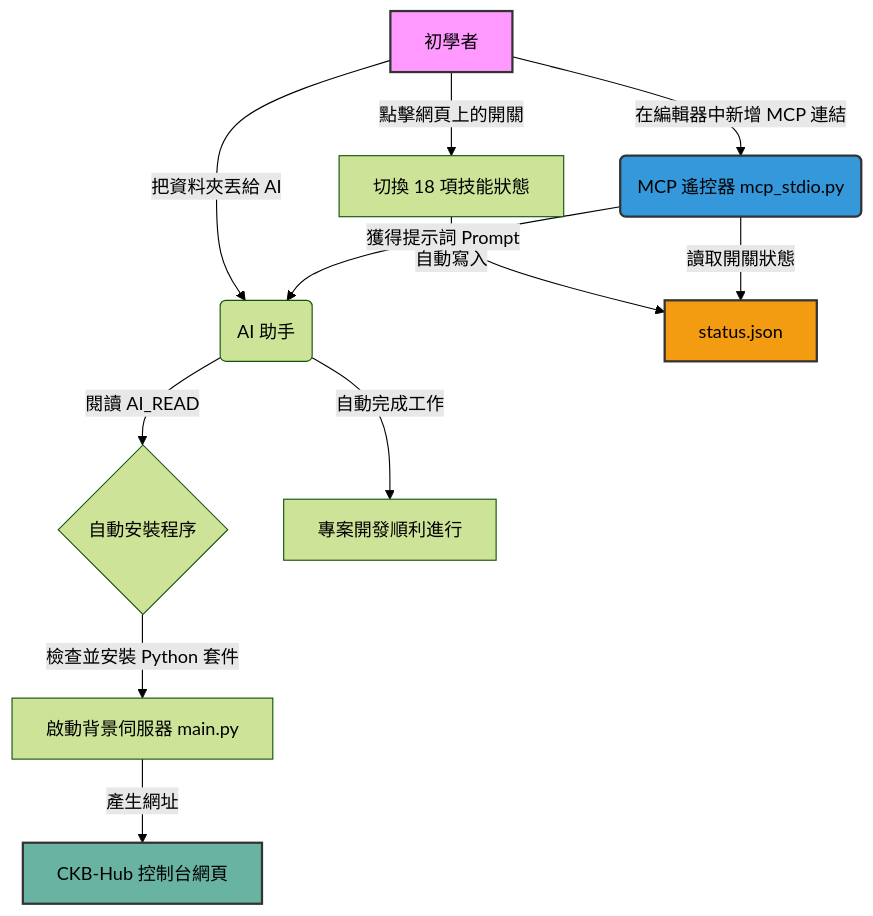
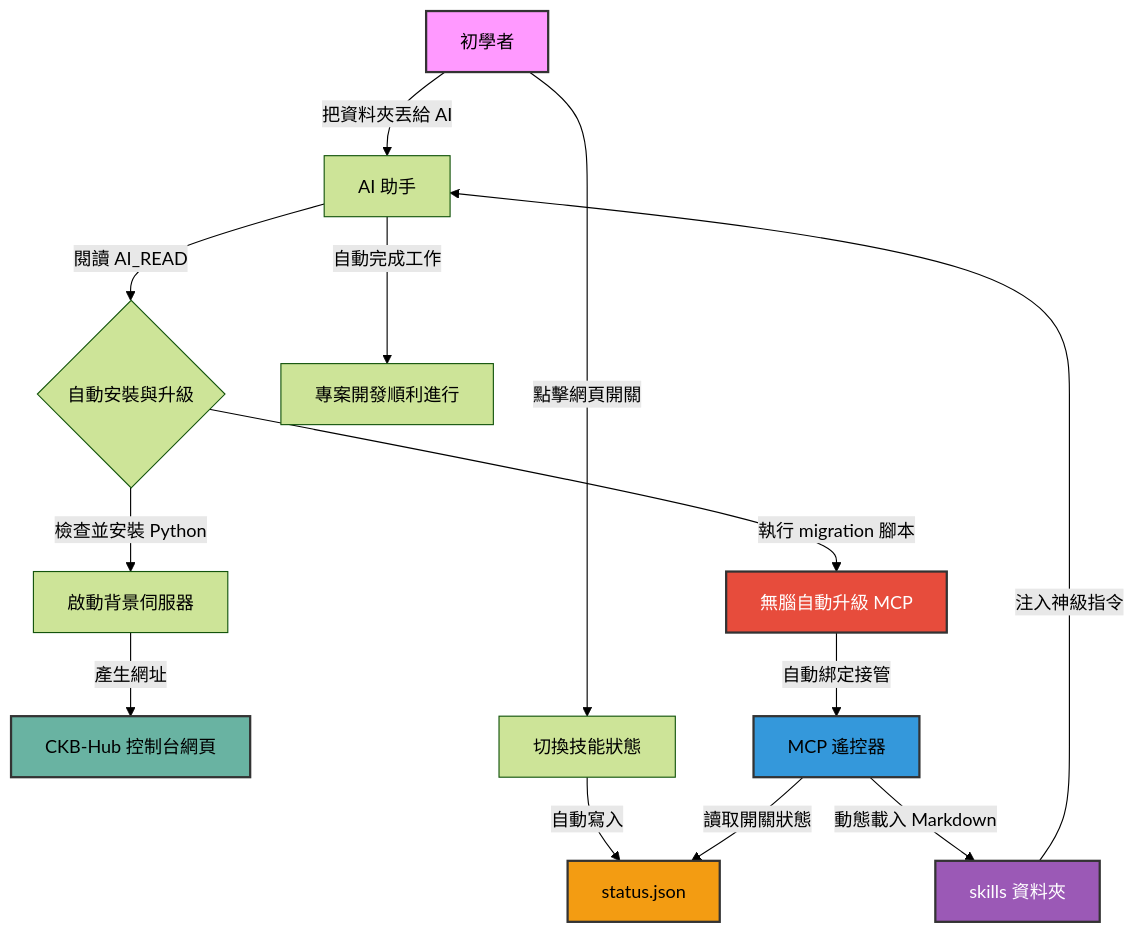
The diagram in 使用手冊.md (ckhotgav/ckb-hub), drawn with Mermaid (forest theme) before and after one commit. The commit also changed other lines of this file, not shown here.

Commit message:
docs: update user manual flowchart to include unbrainless migration and dynamic skill loading

````diff
--- a/使用手冊.md
+++ b/使用手冊.md
@@ -64,20 +64,24 @@
 ```mermaid
 graph TD
-    A[初學者] -->|把資料夾丟給 AI| B(AI 助手)
-    B -->|閱讀 AI_READ| C{自動安裝程序}
-    C -->|檢查並安裝 Python 套件| D[啟動背景伺服器 main.py]
+    A[初學者] -->|把資料夾丟給 AI| B[AI 助手]
+    B -->|閱讀 AI_READ| C{自動安裝與升級}
+    C -->|執行 migration 腳本| M[無腦自動升級 MCP]
+    C -->|檢查並安裝 Python| D[啟動背景伺服器]
     D -->|產生網址| E[CKB-Hub 控制台網頁]
     
-    A -->|點擊網頁上的開關| F[切換 18 項技能狀態]
+    A -->|點擊網頁開關| F[切換技能狀態]
     F -->|自動寫入| G[status.json]
     
-    A -->|在編輯器中新增 MCP 連結| H(MCP 遙控器 mcp_stdio.py)
+    M -->|自動綁定接管| H[MCP 遙控器]
     H -->|讀取開關狀態| G
-    H -->|獲得提示詞 Prompt| B
+    H -->|動態載入 Markdown| S[skills 資料夾]
+    S -->|注入神級指令| B
     B -->|自動完成工作| I[專案開發順利進行]
     
     style A fill:#f9f,stroke:#333,stroke-width:2px
     style E fill:#69b3a2,stroke:#333,stroke-width:2px
     style G fill:#f39c12,stroke:#333,stroke-width:2px
     style H fill:#3498db,stroke:#333,stroke-width:2px
+    style M fill:#e74c3c,stroke:#333,stroke-width:2px,color:#fff
+    style S fill:#9b59b6,stroke:#333,stroke-width:2px,color:#fff
 ```
````
